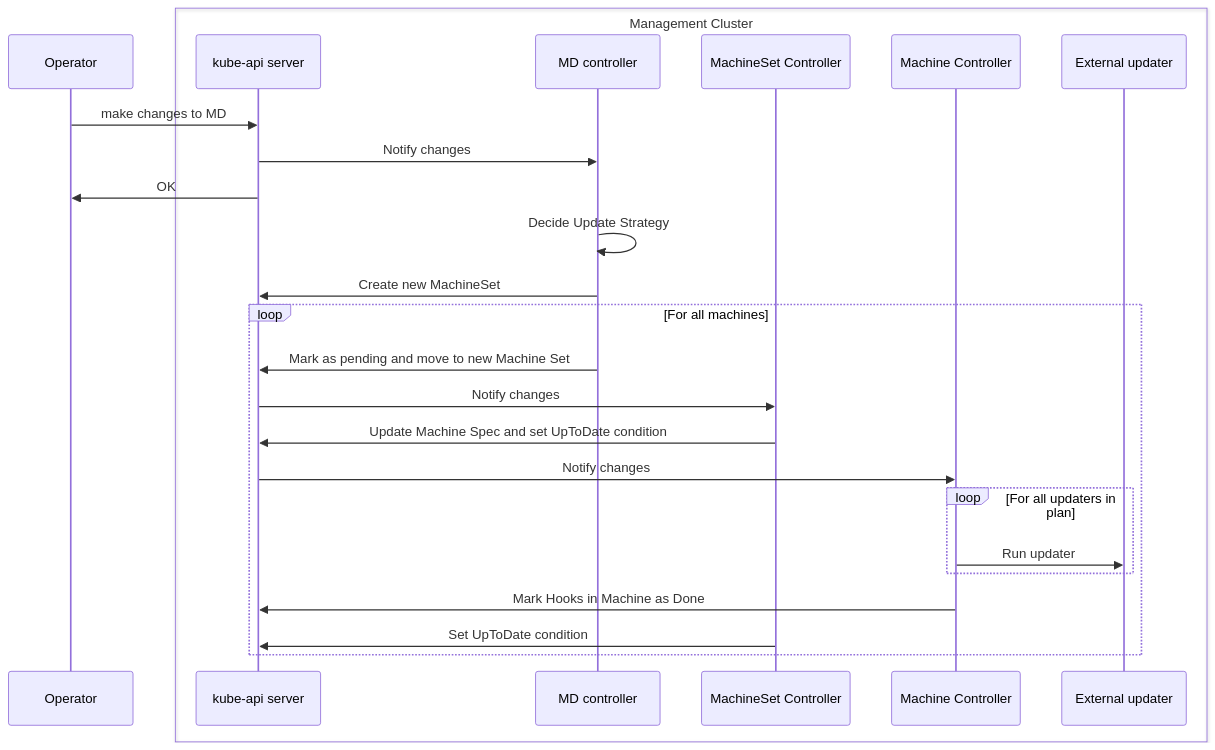
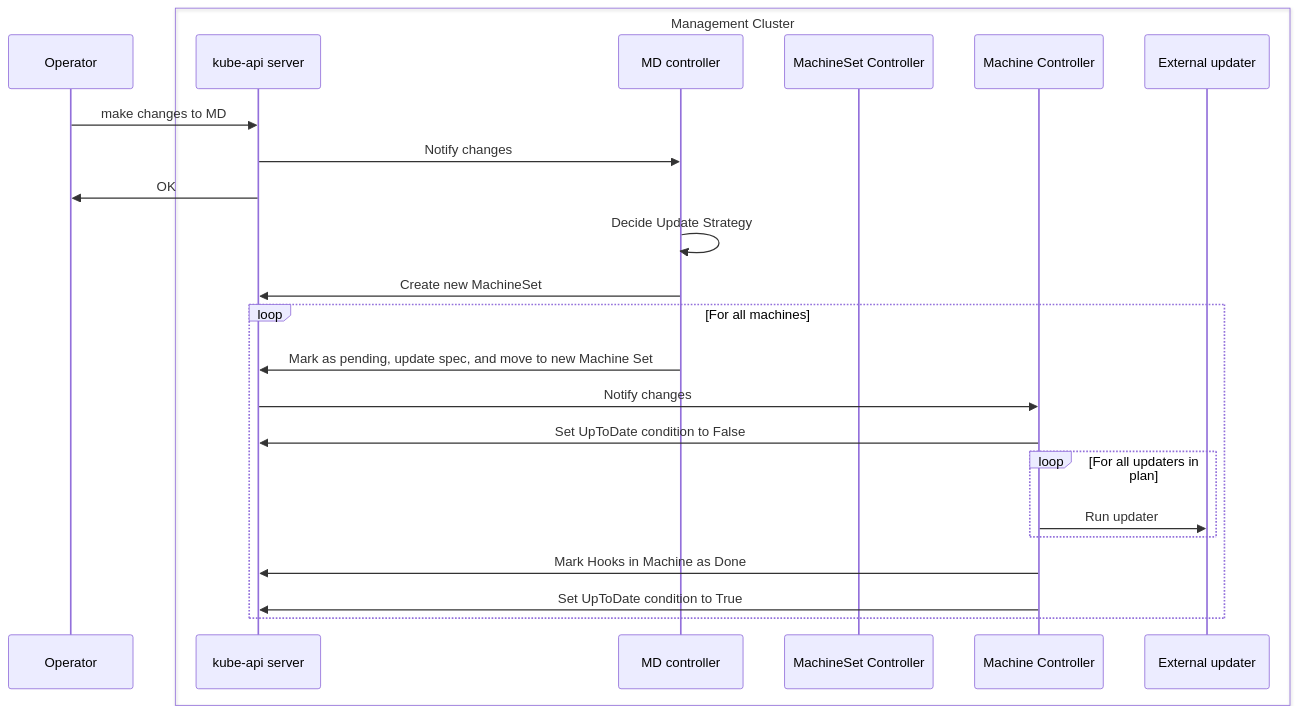
Before and after one commit to g-gaston/cluster-api: the third of 9 diagrams in docs/proposals/20240807-in-place-updates.md, drawn with Mermaid. The commit also changed other lines of this file, not shown here.

````diff
--- a/docs/proposals/20240807-in-place-updates.md
+++ b/docs/proposals/20240807-in-place-updates.md
@@ -283,29 +284,28 @@
 ```mermaid
 sequenceDiagram
 participant Operator
 
 box Management Cluster
     participant apiserver as kube-api server
     participant capi as MD controller
     participant msc as MachineSet Controller
     participant mach as Machine Controller
     participant hook as External updater
 end
 
 Operator->>apiserver: make changes to MD
 apiserver->>capi: Notify changes
 apiserver->>Operator: OK
 capi->>capi: Decide Update Strategy
 capi->>apiserver: Create new MachineSet
 loop For all machines
-    capi->>apiserver: Mark as pending and move to new Machine Set
-    apiserver->>msc: Notify changes
-    msc->>apiserver: Update Machine Spec and set UpToDate condition
+    capi->>apiserver: Mark as pending, update spec, and move to new Machine Set
     apiserver->>mach: Notify changes
+    mach->>apiserver: Set UpToDate condition to False
     loop For all updaters in plan
         mach->>hook: Run updater
     end
     mach->>apiserver: Mark Hooks in Machine as Done
-    msc->>apiserver: Set UpToDate condition
+    mach->>apiserver: Set UpToDate condition to True
 end
 ```
````
